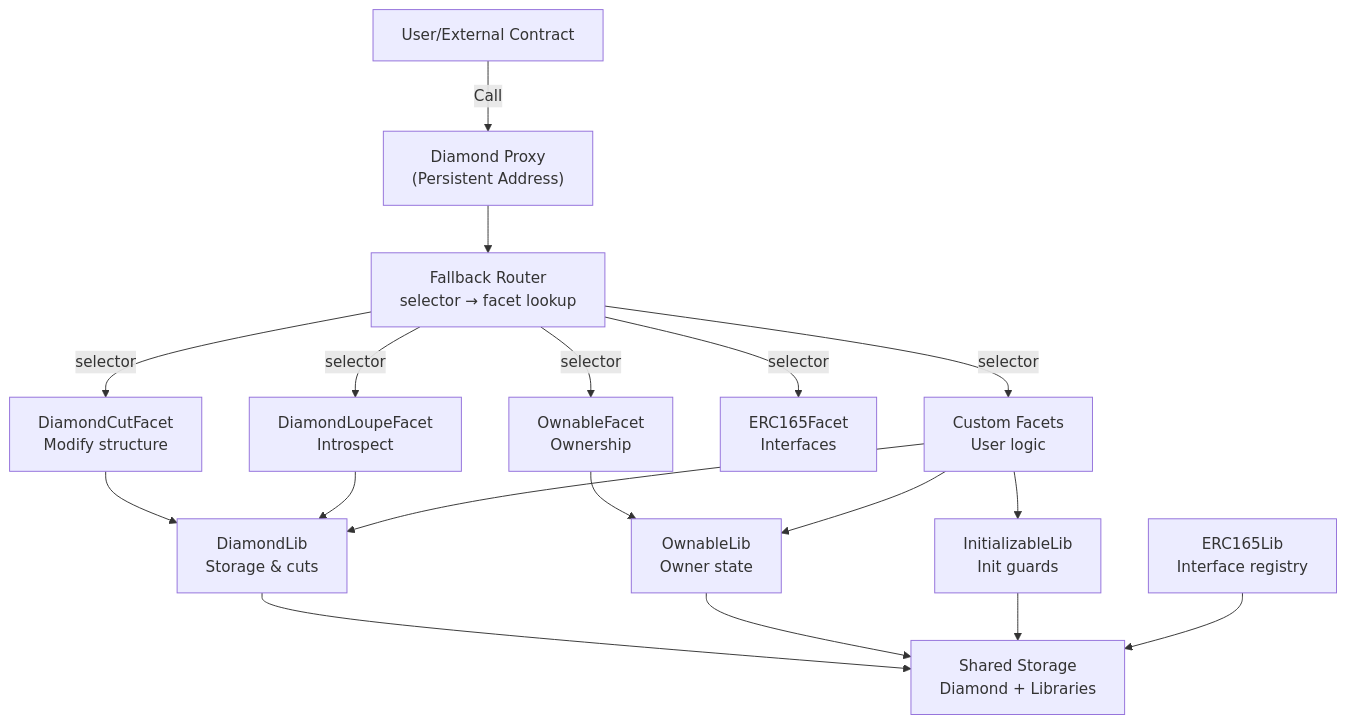
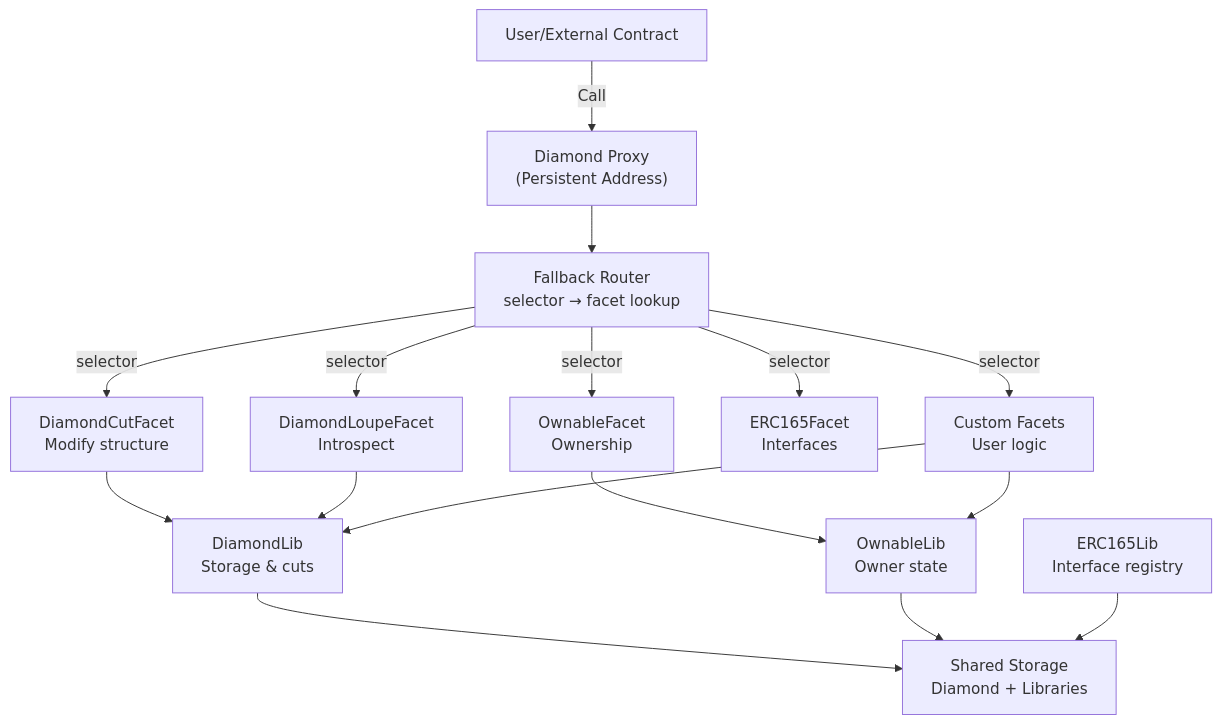
Before and after one commit to dadadave80/diamond-lib: the first of 6 diagrams in SPECIFICATION.md, drawn with Mermaid. The commit also changed other lines of this file and 11 other files, not shown here.

````diff
--- a/SPECIFICATION.md
+++ b/SPECIFICATION.md
@@ -28,39 +28,36 @@
 ```mermaid
 graph TB
     User["User/External Contract"]
     Diamond["Diamond Proxy<br/>(Persistent Address)"]
     Fallback["Fallback Router<br/>selector → facet lookup"]
     
     DCut["DiamondCutFacet<br/>Modify structure"]
     DLoupe["DiamondLoupeFacet<br/>Introspect"]
     Own["OwnableFacet<br/>Ownership"]
     ERC165F["ERC165Facet<br/>Interfaces"]
     Custom["Custom Facets<br/>User logic"]
     
     DiamondLib["DiamondLib<br/>Storage & cuts"]
     OwnableLib["OwnableLib<br/>Owner state"]
-    InitLib["InitializableLib<br/>Init guards"]
     ERC165Lib["ERC165Lib<br/>Interface registry"]
     
     SharedStorage["Shared Storage<br/>Diamond + Libraries"]
 
     User -->|Call| Diamond
     Diamond --> Fallback
     Fallback -->|selector| DCut
     Fallback -->|selector| DLoupe
     Fallback -->|selector| Own
     Fallback -->|selector| ERC165F
     Fallback -->|selector| Custom
     
     DCut --> DiamondLib
     DLoupe --> DiamondLib
     Own --> OwnableLib
     Custom --> DiamondLib
     Custom --> OwnableLib
-    Custom --> InitLib
     
     DiamondLib --> SharedStorage
     OwnableLib --> SharedStorage
-    InitLib --> SharedStorage
     ERC165Lib --> SharedStorage
 ```
````
